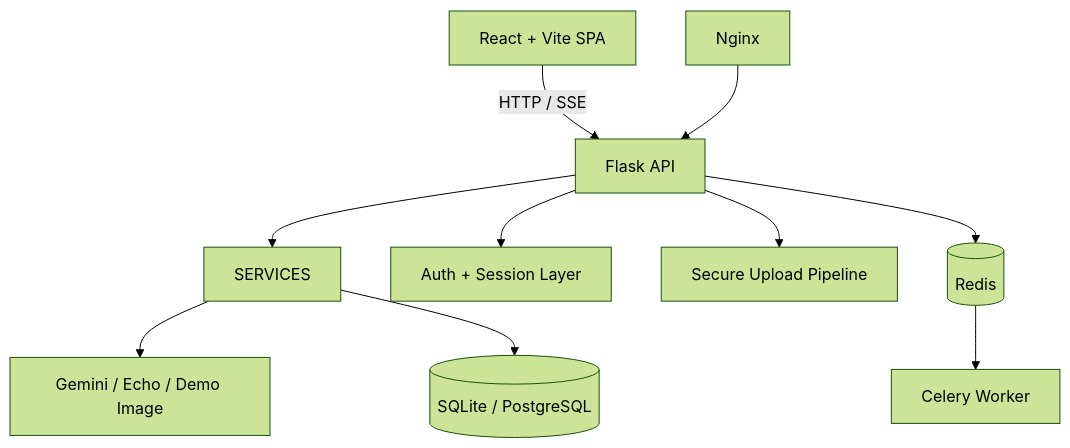
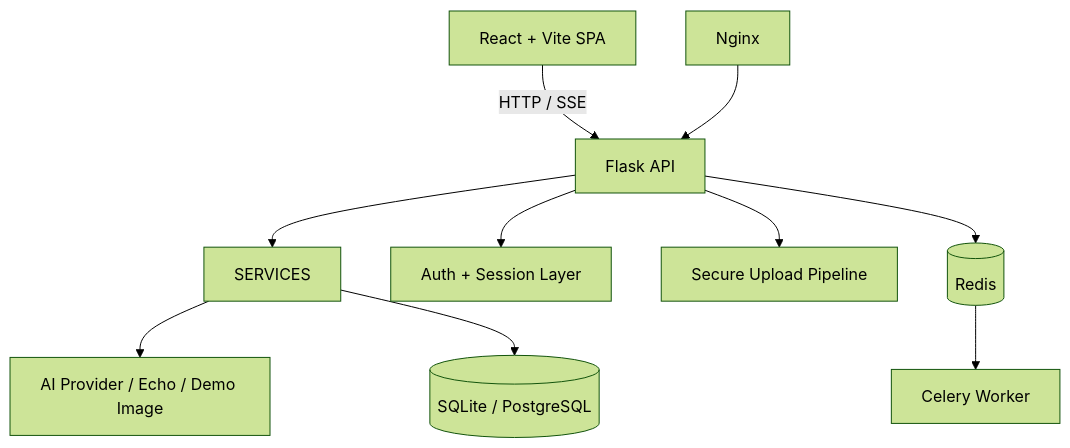
Before and after one commit to ReNothingg/ReMind: the diagram in README.md, drawn with Mermaid (forest theme). The commit also changed other lines of this file and 66 other files, not shown here.

````diff
--- a/README.md
+++ b/README.md
@@ -204,12 +205,12 @@
 ```mermaid
 graph TD
   UI[React + Vite SPA] -->|HTTP / SSE| API[Flask API]
   API --> SERVICES
   API --> AUTH[Auth + Session Layer]
   API --> FILES[Secure Upload Pipeline]
-  SERVICES --> AI[Gemini / Echo / Demo Image]
+  SERVICES --> AI[AI Provider / Echo / Demo Image]
   SERVICES --> DB[(SQLite / PostgreSQL)]
   API --> REDIS[(Redis)]
   REDIS --> CELERY[Celery Worker]
   NGINX[Nginx] --> API
 ```
````
